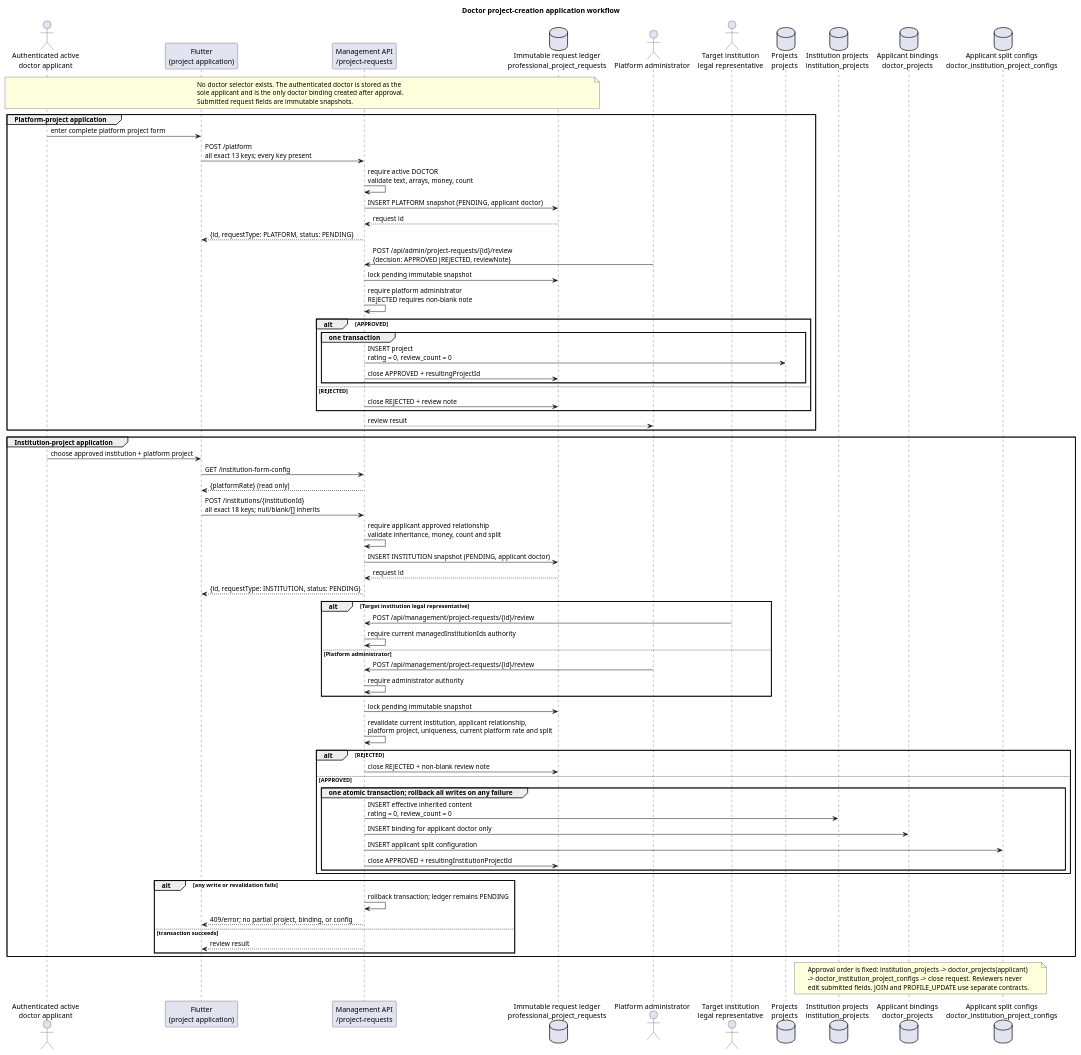
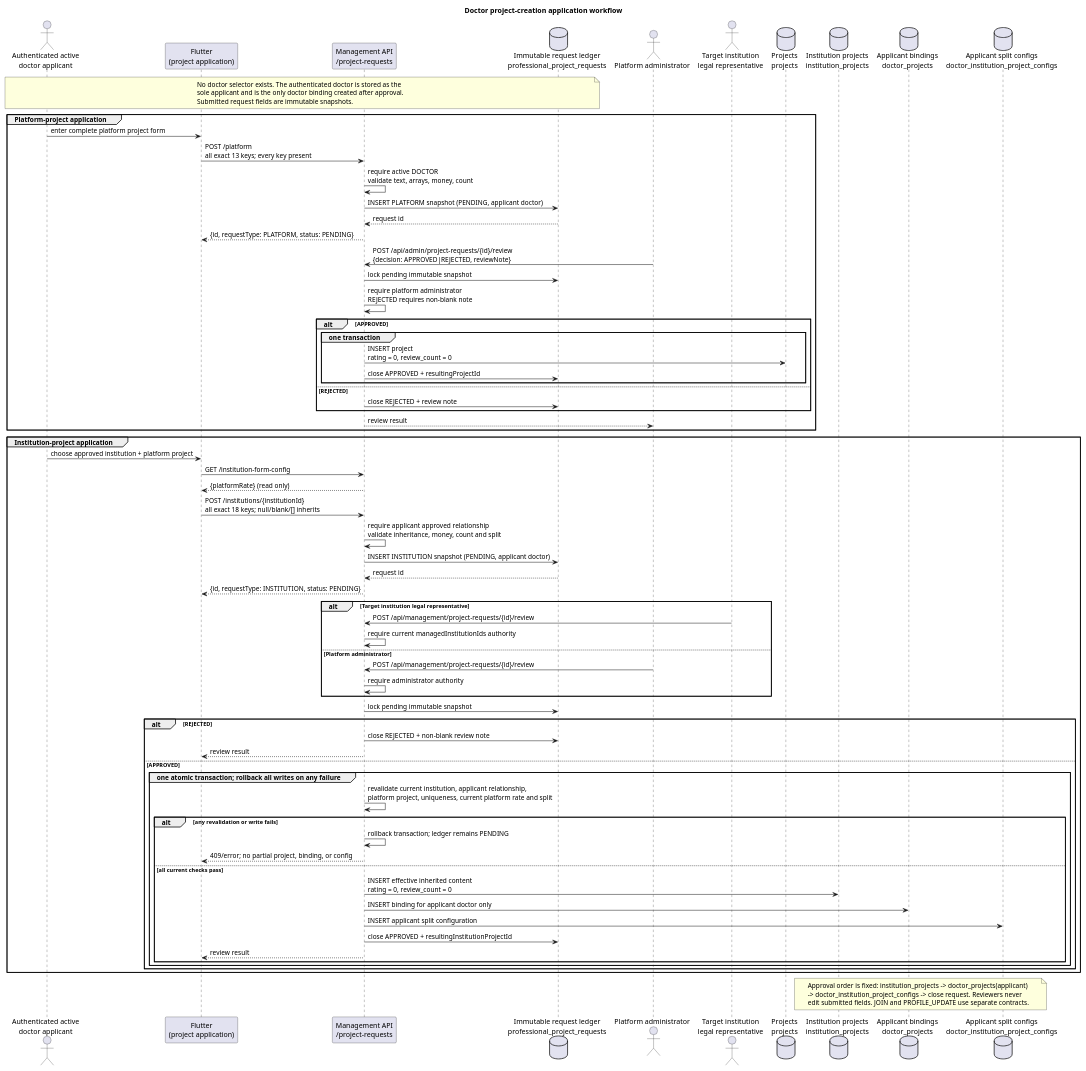
One commit to shimmail/joysong changed the diagram in design/DOCTOR_PROJECT_APPLICATION_WORKFLOW.puml. Above: the diagram before and after it, drawn with PlantUML. The commit also changed 2 other files, not shown here.

Commit message:
docs: clarify project review conflict states

```diff
--- a/design/DOCTOR_PROJECT_APPLICATION_WORKFLOW.puml
+++ b/design/DOCTOR_PROJECT_APPLICATION_WORKFLOW.puml
@@ -1,92 +1,93 @@
 @startuml
 title Doctor project-creation application workflow
 
 skinparam backgroundColor #FFFFFF
 skinparam sequenceArrowThickness 1
 skinparam responseMessageBelowArrow true
 skinparam ParticipantPadding 12
 skinparam BoxPadding 8
 
 actor "Authenticated active\ndoctor applicant" as Doctor
 participant "Flutter\n(project application)" as Flutter
 participant "Management API\n/project-requests" as API
 database "Immutable request ledger\nprofessional_project_requests" as Ledger
 actor "Platform administrator" as Admin
 actor "Target institution\nlegal representative" as LegalRep
 database "Projects\nprojects" as Projects
 database "Institution projects\ninstitution_projects" as InstitutionProjects
 database "Applicant bindings\ndoctor_projects" as DoctorProjects
 database "Applicant split configs\ndoctor_institution_project_configs" as Configs
 
 note over Doctor,Ledger
   No doctor selector exists. The authenticated doctor is stored as the
   sole applicant and is the only doctor binding created after approval.
   Submitted request fields are immutable snapshots.
 end note
 
 group Platform-project application
   Doctor -> Flutter: enter complete platform project form
   Flutter -> API: POST /platform\nall exact 13 keys; every key present
   API -> API: require active DOCTOR\nvalidate text, arrays, money, count
   API -> Ledger: INSERT PLATFORM snapshot (PENDING, applicant doctor)
   Ledger --> API: request id
   API --> Flutter: {id, requestType: PLATFORM, status: PENDING}
 
   Admin -> API: POST /api/admin/project-requests/{id}/review\n{decision: APPROVED|REJECTED, reviewNote}
   API -> Ledger: lock pending immutable snapshot
   API -> API: require platform administrator\nREJECTED requires non-blank note
   alt APPROVED
     group one transaction
       API -> Projects: INSERT project\nrating = 0, review_count = 0
       API -> Ledger: close APPROVED + resultingProjectId
     end
   else REJECTED
     API -> Ledger: close REJECTED + review note
   end
   API --> Admin: review result
 end
 
 group Institution-project application
   Doctor -> Flutter: choose approved institution + platform project
   Flutter -> API: GET /institution-form-config
   API --> Flutter: {platformRate} (read only)
   Flutter -> API: POST /institutions/{institutionId}\nall exact 18 keys; null/blank/[] inherits
   API -> API: require applicant approved relationship\nvalidate inheritance, money, count and split
   API -> Ledger: INSERT INSTITUTION snapshot (PENDING, applicant doctor)
   Ledger --> API: request id
   API --> Flutter: {id, requestType: INSTITUTION, status: PENDING}
 
   alt Target institution legal representative
     LegalRep -> API: POST /api/management/project-requests/{id}/review
     API -> API: require current managedInstitutionIds authority
   else Platform administrator
     Admin -> API: POST /api/management/project-requests/{id}/review
     API -> API: require administrator authority
   end
   API -> Ledger: lock pending immutable snapshot
-  API -> API: revalidate current institution, applicant relationship,\nplatform project, uniqueness, current platform rate and split
   alt REJECTED
     API -> Ledger: close REJECTED + non-blank review note
+    API --> Flutter: review result
   else APPROVED
     group one atomic transaction; rollback all writes on any failure
-      API -> InstitutionProjects: INSERT effective inherited content\nrating = 0, review_count = 0
-      API -> DoctorProjects: INSERT binding for applicant doctor only
-      API -> Configs: INSERT applicant split configuration
-      API -> Ledger: close APPROVED + resultingInstitutionProjectId
+      API -> API: revalidate current institution, applicant relationship,\nplatform project, uniqueness, current platform rate and split
+      alt any revalidation or write fails
+        API -> API: rollback transaction; ledger remains PENDING
+        API --> Flutter: 409/error; no partial project, binding, or config
+      else all current checks pass
+        API -> InstitutionProjects: INSERT effective inherited content\nrating = 0, review_count = 0
+        API -> DoctorProjects: INSERT binding for applicant doctor only
+        API -> Configs: INSERT applicant split configuration
+        API -> Ledger: close APPROVED + resultingInstitutionProjectId
+        API --> Flutter: review result
+      end
     end
-  end
-  alt any write or revalidation fails
-    API -> API: rollback transaction; ledger remains PENDING
-    API --> Flutter: 409/error; no partial project, binding, or config
-  else transaction succeeds
-    API --> Flutter: review result
   end
 end
 
 note over InstitutionProjects,Configs
   Approval order is fixed: institution_projects -> doctor_projects(applicant)
   -> doctor_institution_project_configs -> close request. Reviewers never
   edit submitted fields. JOIN and PROFILE_UPDATE use separate contracts.
 end note
 
 @enduml
```
